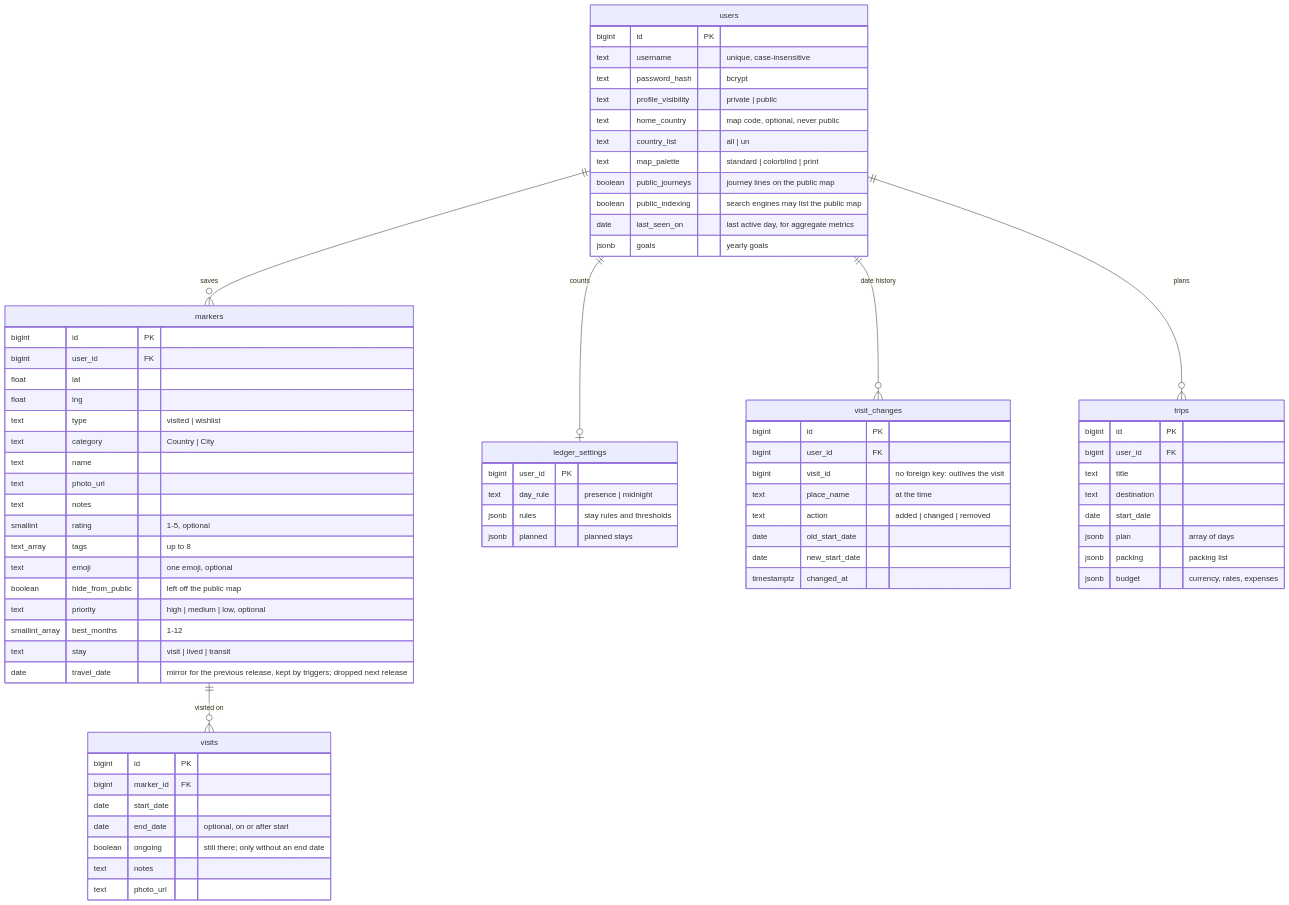
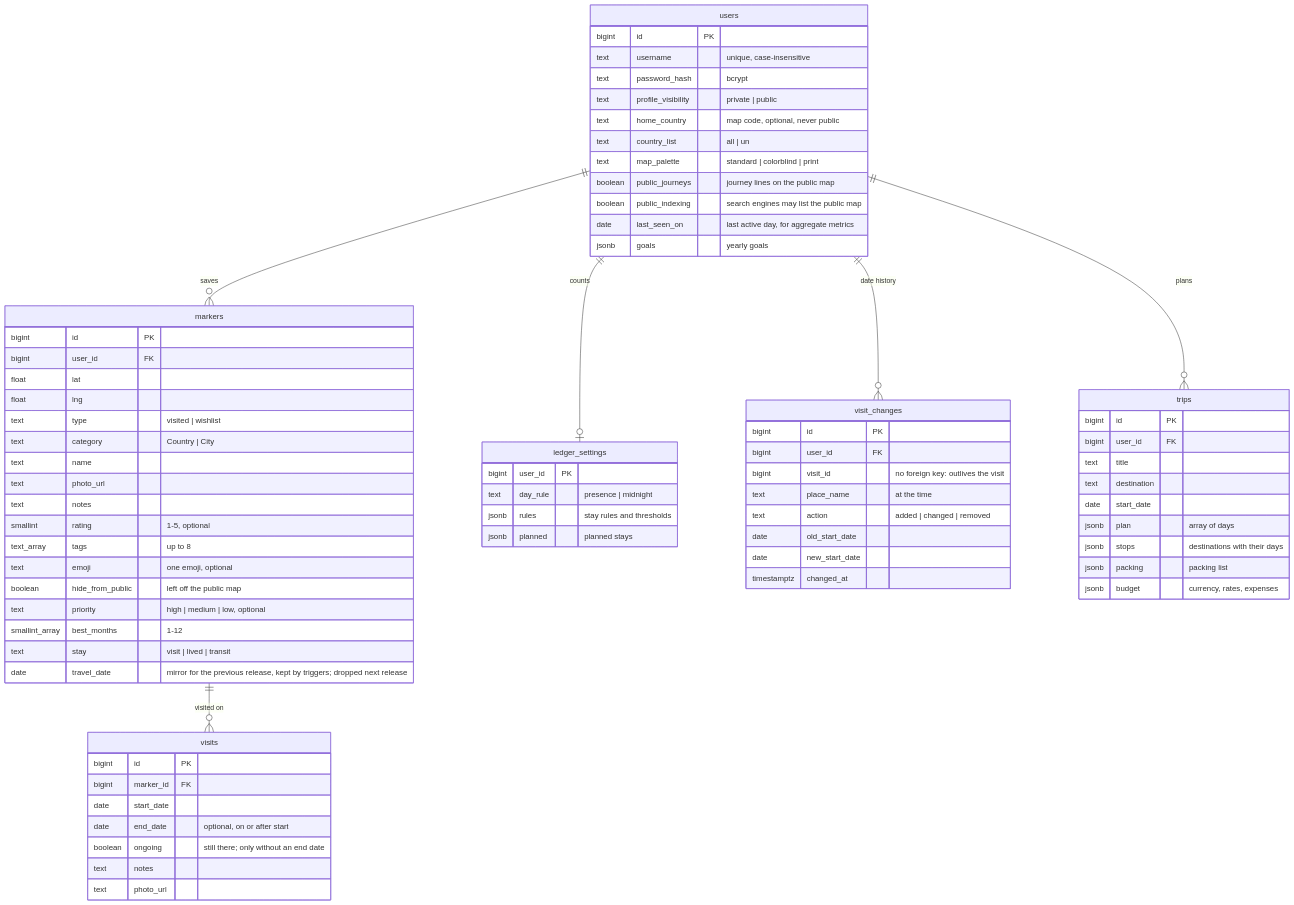
Before and after one commit to chefzaid/travelmapster: the diagram in docs/data-model.md, drawn with Mermaid. The commit also changed other lines of this file and 18 other files, not shown here.

````diff
--- a/docs/data-model.md
+++ b/docs/data-model.md
@@ -8,75 +8,76 @@
 ```mermaid
 erDiagram
     users ||--o{ markers : saves
     markers ||--o{ visits : "visited on"
     users ||--o| ledger_settings : counts
     users ||--o{ visit_changes : "date history"
     users ||--o{ trips : plans
     users {
         bigint id PK
         text username "unique, case-insensitive"
         text password_hash "bcrypt"
         text profile_visibility "private | public"
         text home_country "map code, optional, never public"
         text country_list "all | un"
         text map_palette "standard | colorblind | print"
         boolean public_journeys "journey lines on the public map"
         boolean public_indexing "search engines may list the public map"
         date last_seen_on "last active day, for aggregate metrics"
         jsonb goals "yearly goals"
     }
     markers {
         bigint id PK
         bigint user_id FK
         float lat
         float lng
         text type "visited | wishlist"
         text category "Country | City"
         text name
         text photo_url
         text notes
         smallint rating "1-5, optional"
         text_array tags "up to 8"
         text emoji "one emoji, optional"
         boolean hide_from_public "left off the public map"
         text priority "high | medium | low, optional"
         smallint_array best_months "1-12"
         text stay "visit | lived | transit"
         date travel_date "mirror for the previous release, kept by triggers; dropped next release"
     }
     visits {
         bigint id PK
         bigint marker_id FK
         date start_date
         date end_date "optional, on or after start"
         boolean ongoing "still there; only without an end date"
         text notes
         text photo_url
     }
     ledger_settings {
         bigint user_id PK
         text day_rule "presence | midnight"
         jsonb rules "stay rules and thresholds"
         jsonb planned "planned stays"
     }
     visit_changes {
         bigint id PK
         bigint user_id FK
         bigint visit_id "no foreign key: outlives the visit"
         text place_name "at the time"
         text action "added | changed | removed"
         date old_start_date
         date new_start_date
         timestamptz changed_at
     }
     trips {
         bigint id PK
         bigint user_id FK
         text title
         text destination
         date start_date
         jsonb plan "array of days"
+        jsonb stops "destinations with their days"
         jsonb packing "packing list"
         jsonb budget "currency, rates, expenses"
     }
 ```
````
